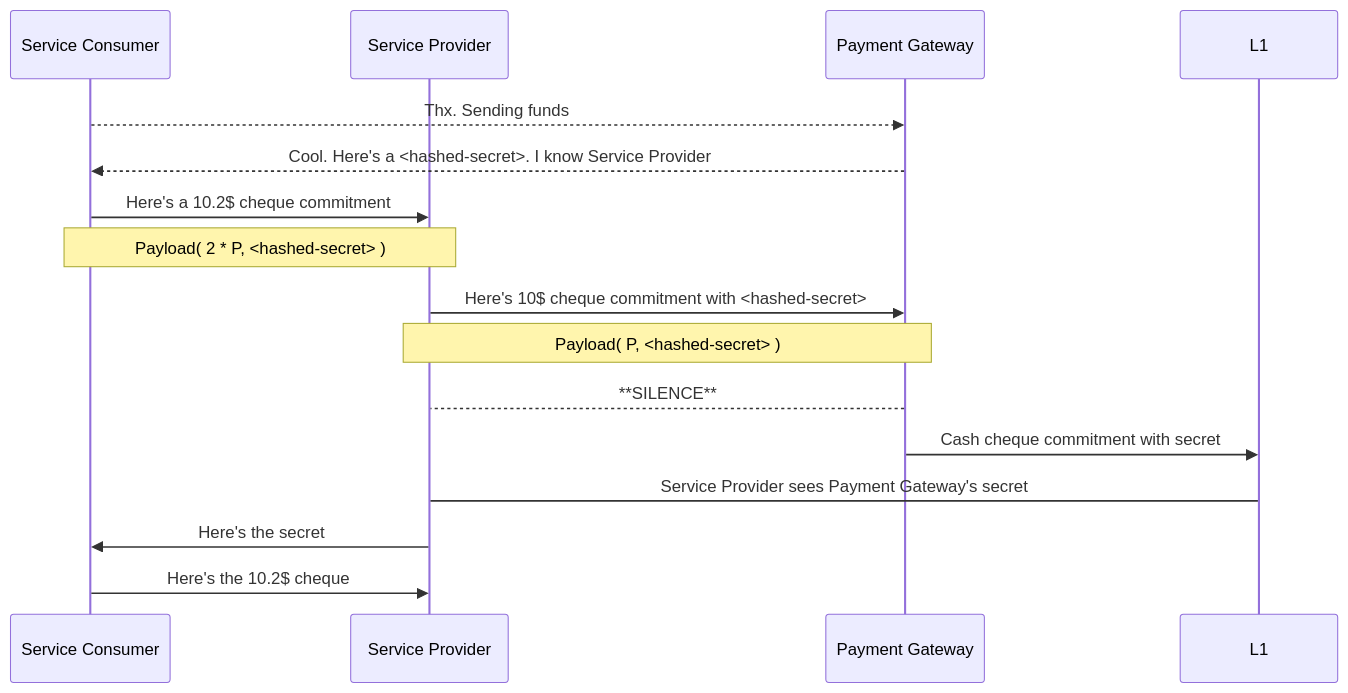
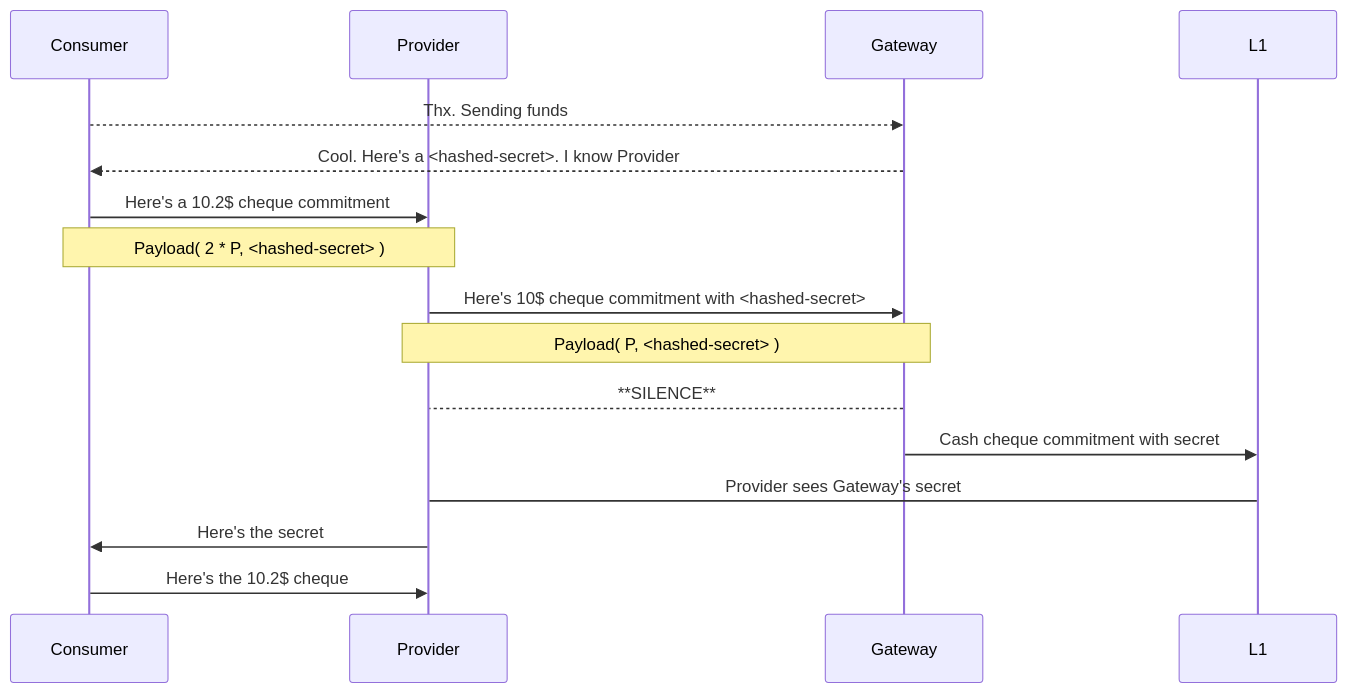
One commit to colll78/cardano-lightning changed the second of 4 diagrams in docs/design-notes.md. Above: the diagram before and after it, drawn with Mermaid. The commit also changed other lines of this file, not shown here.

````diff
--- a/docs/design-notes.md
+++ b/docs/design-notes.md
@@ -97,18 +97,18 @@
 ```mermaid
  sequenceDiagram
-  participant Service Consumer
-  participant Service Provider
-  participant Payment Gateway
+  participant Consumer
+  participant Provider
+  participant Gateway
 
-  Service Consumer-->>Payment Gateway: Thx. Sending funds
-  Payment Gateway-->>Service Consumer: Cool. Here's a <hashed-secret>. I know Service Provider
-  Service Consumer->>Service Provider: Here's a 10.2$ cheque commitment
-  Note over Service Consumer,Service Provider: Payload( 2 * P, <hashed-secret> )
-  Service Provider->>Payment Gateway: Here's 10$ cheque commitment with <hashed-secret>
-  Note over Service Provider,Payment Gateway: Payload( P, <hashed-secret> )
-  Payment Gateway-->Service Provider: **SILENCE**
-  Payment Gateway->>L1: Cash cheque commitment with secret
-  Service Provider->L1: Service Provider sees Payment Gateway's secret
-  Service Provider->>Service Consumer: Here's the secret
-  Service Consumer->>Service Provider: Here's the 10.2$ cheque
+  Consumer-->>Gateway: Thx. Sending funds
+  Gateway-->>Consumer: Cool. Here's a <hashed-secret>. I know Provider
+  Consumer->>Provider: Here's a 10.2$ cheque commitment
+  Note over Consumer,Provider: Payload( 2 * P, <hashed-secret> )
+  Provider->>Gateway: Here's 10$ cheque commitment with <hashed-secret>
+  Note over Provider,Gateway: Payload( P, <hashed-secret> )
+  Gateway-->Provider: **SILENCE**
+  Gateway->>L1: Cash cheque commitment with secret
+  Provider->L1: Provider sees Gateway's secret
+  Provider->>Consumer: Here's the secret
+  Consumer->>Provider: Here's the 10.2$ cheque
 ```
````
